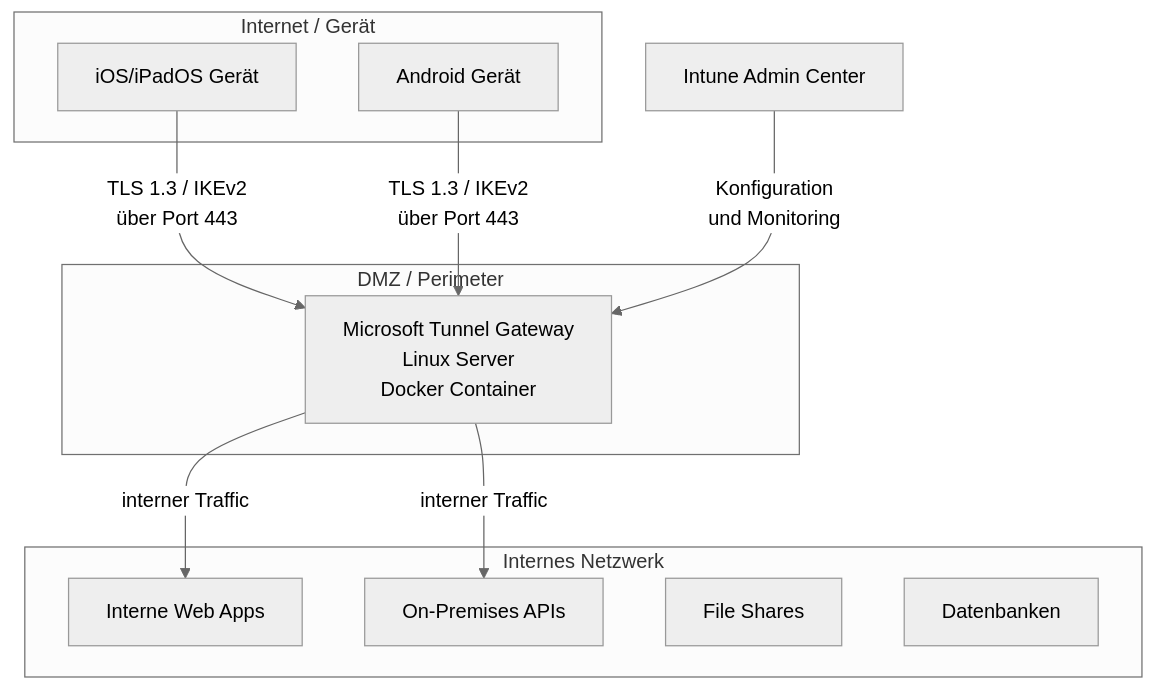
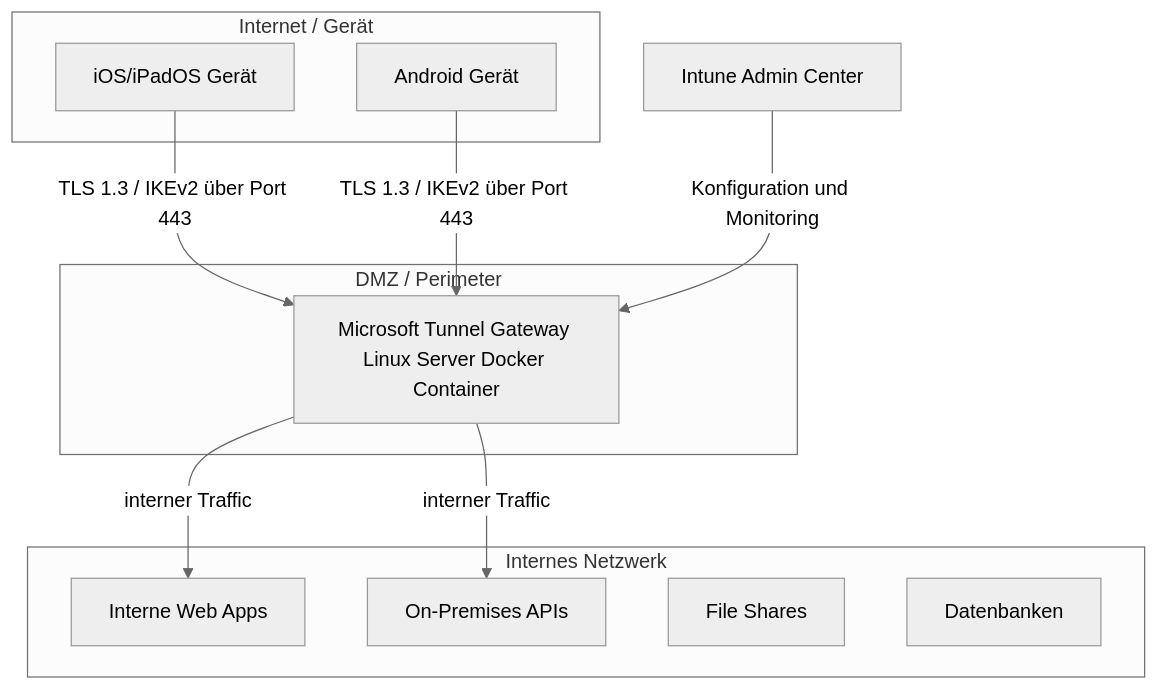
One commit to SoniiiT/notes-n-docs changed the first of 3 diagrams in Microsoft 365/Intune Suite/Microsoft Tunnel.md. Above: the diagram before and after it, drawn with Mermaid (neutral theme). The commit also changed other lines of this file and 124 other files, not shown here.

First line of the commit message:
fix: Entferne \n aus allen Mermaid-Diagrammen (125 Dateien)

````diff
--- a/Microsoft 365/Intune Suite/Microsoft Tunnel.md
+++ b/Microsoft 365/Intune Suite/Microsoft Tunnel.md
@@ -29,24 +29,24 @@
 ```mermaid
 graph TD
     subgraph INTERNET["Internet / Gerät"]
         IOS[iOS/iPadOS Gerät]
         AND[Android Gerät]
     end
     
     subgraph DMZ["DMZ / Perimeter"]
-        GATEWAY[Microsoft Tunnel Gateway\nLinux Server\nDocker Container]
+        GATEWAY[Microsoft Tunnel Gateway Linux Server Docker Container]
     end
     
     subgraph INTERNAL["Internes Netzwerk"]
         APP1[Interne Web Apps]
         APP2[On-Premises APIs]
         SHARE[File Shares]
         DB[Datenbanken]
     end
     
-    IOS -->|TLS 1.3 / IKEv2\nüber Port 443| GATEWAY
-    AND -->|TLS 1.3 / IKEv2\nüber Port 443| GATEWAY
+    IOS -->|TLS 1.3 / IKEv2 über Port 443| GATEWAY
+    AND -->|TLS 1.3 / IKEv2 über Port 443| GATEWAY
     GATEWAY -->|interner Traffic| APP1
     GATEWAY -->|interner Traffic| APP2
-    INTUNE[Intune Admin Center] -->|Konfiguration\nund Monitoring| GATEWAY
+    INTUNE[Intune Admin Center] -->|Konfiguration und Monitoring| GATEWAY
 ```
````
